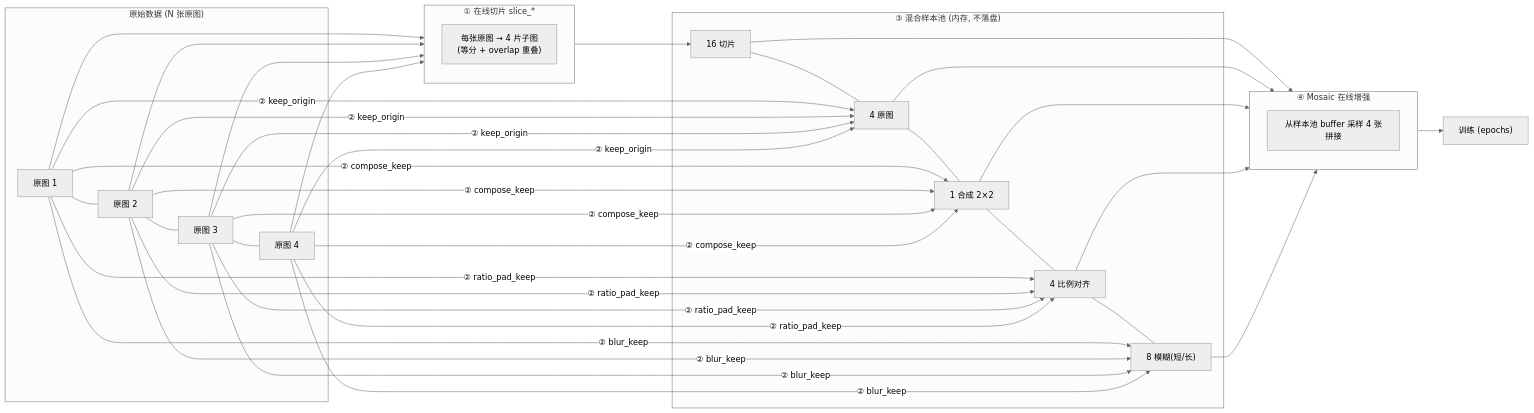
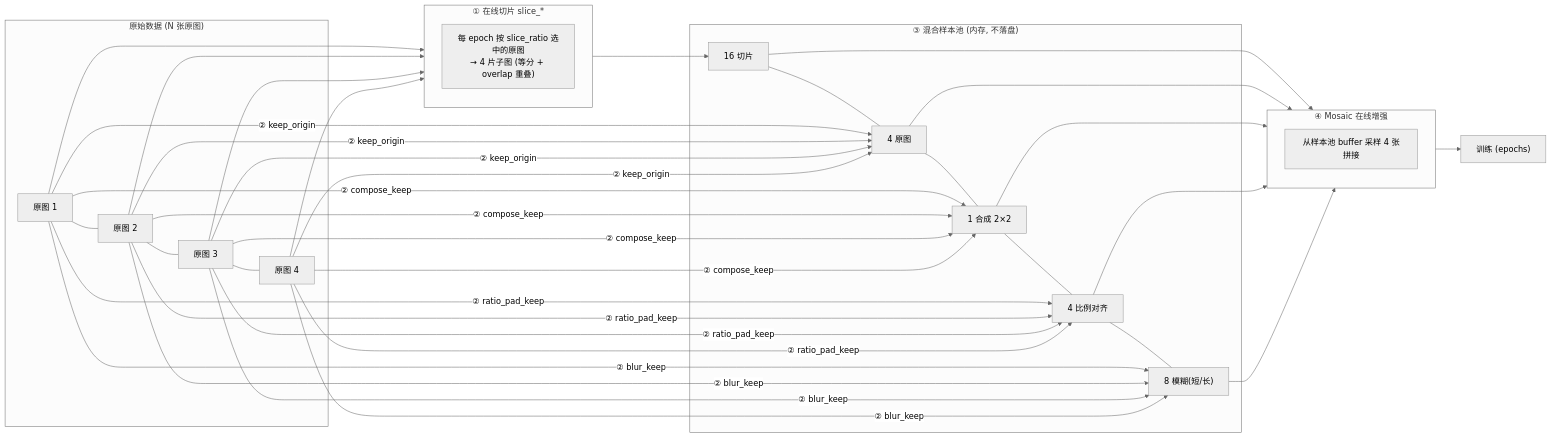
One commit to ikun7274/ultralytics-improved changed the diagram in 项目说明.md. Above: the diagram before and after it, drawn with Mermaid (neutral theme). The commit also changed other lines of this file and 6 other files, not shown here.

````diff
--- a/项目说明.md
+++ b/项目说明.md
@@ -11,27 +11,27 @@
 ```mermaid
 flowchart LR
     subgraph SRC["原始数据 (N 张原图)"]
         A1["原图 1"] --- A2["原图 2"] --- A3["原图 3"] --- A4["原图 4"]
     end
 
     subgraph SLICE["① 在线切片 slice_*"]
-        B1["每张原图 → 4 片子图<br/>(等分 + overlap 重叠)"]
+        B1["每 epoch 按 slice_ratio 选中的原图<br/>→ 4 片子图 (等分 + overlap 重叠)"]
     end
 
     subgraph POOL["③ 混合样本池 (内存, 不落盘)"]
         C1["16 切片"] --- C2["4 原图"] --- C3["1 合成 2×2"] --- C4["4 比例对齐"] --- C5["8 模糊(短/长)"]
     end
 
     subgraph MOSAIC["④ Mosaic 在线增强"]
         D1["从样本池 buffer 采样 4 张拼接"]
     end
 
     A1 & A2 & A3 & A4 --> SLICE
     A1 & A2 & A3 & A4 -->|② keep_origin| C2
     SLICE --> C1
     A1 & A2 & A3 & A4 -->|② compose_keep| C3
     A1 & A2 & A3 & A4 -->|② ratio_pad_keep| C4
     A1 & A2 & A3 & A4 -->|② blur_keep| C5
     C1 & C2 & C3 & C4 & C5 --> MOSAIC
     MOSAIC --> T["训练 (epochs)"]
 ```
````
